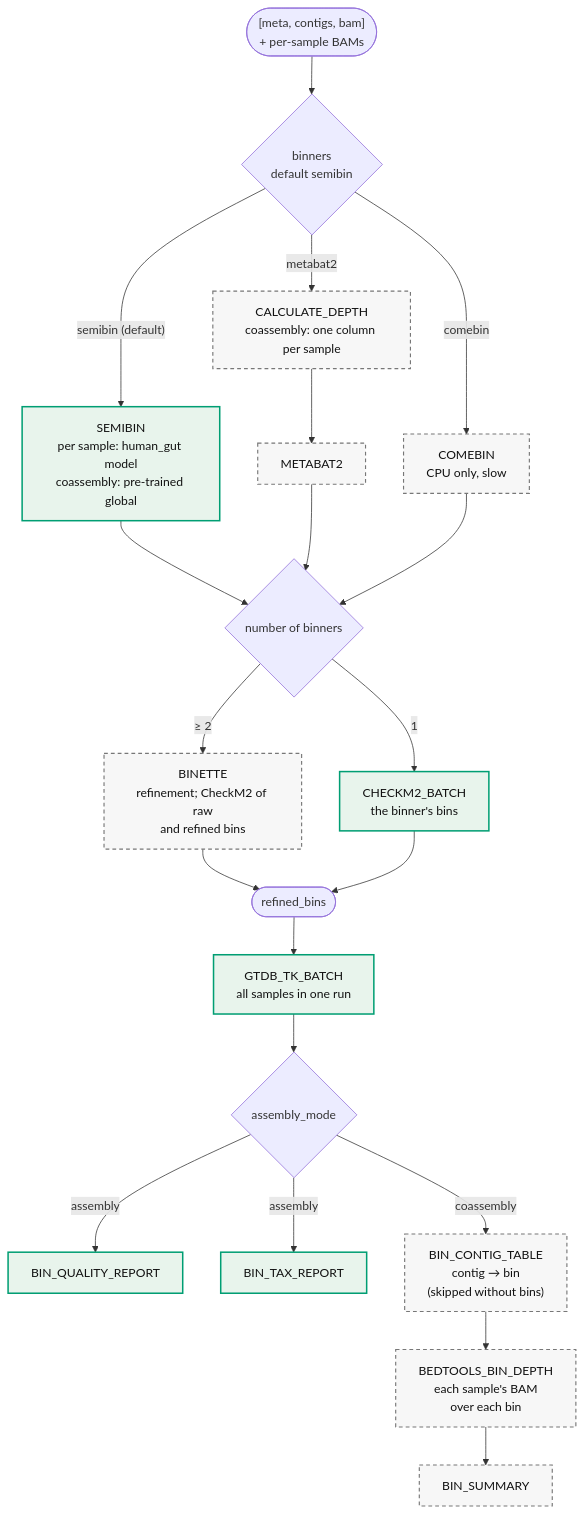
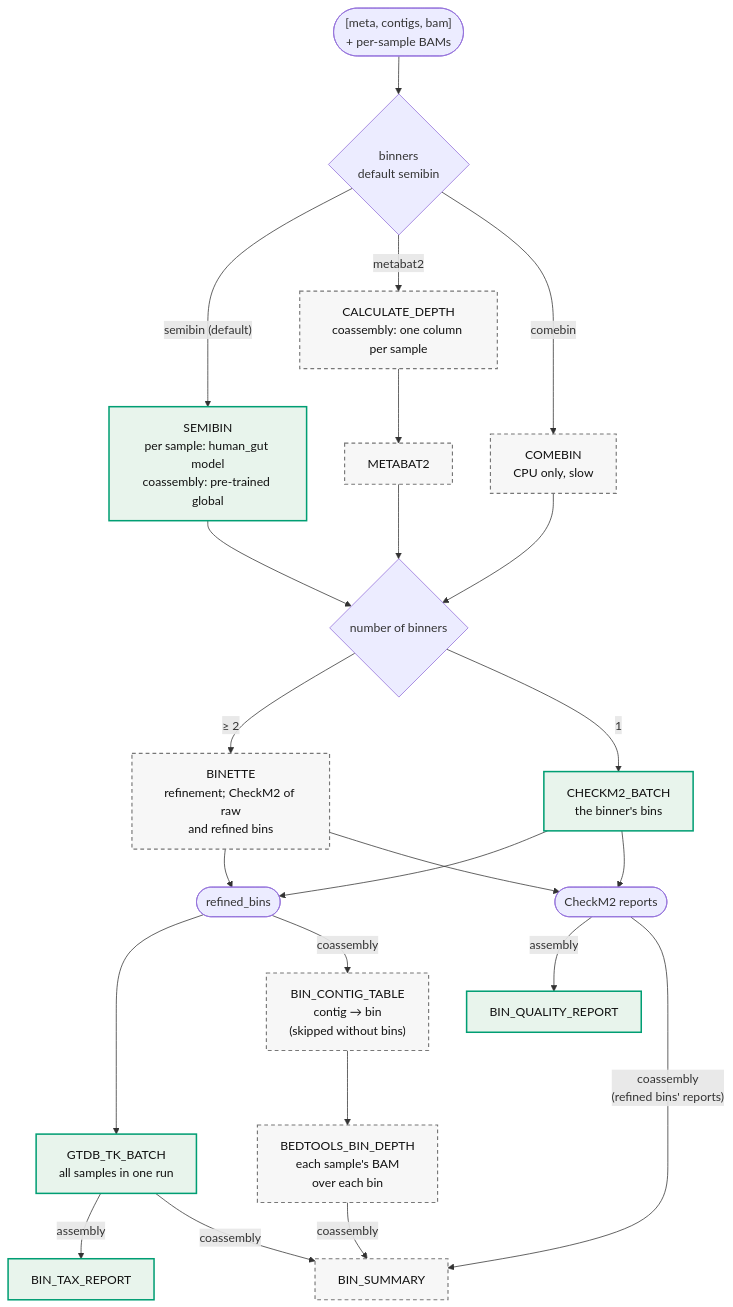
Before and after one commit to gene2dis/BugBuster: the eighth of 13 diagrams in docs/WORKFLOW_DIAGRAM.md, drawn with Mermaid. The commit also changed other lines of this file and 2 other files, not shown here.

First line of the commit message:
fix(diagrams): second review round on the diagram check and the stage wiring

````diff
--- a/docs/WORKFLOW_DIAGRAM.md
+++ b/docs/WORKFLOW_DIAGRAM.md
@@ -293,24 +294,28 @@
 ```mermaid
 flowchart TD
     In(["[meta, contigs, bam]<br/>+ per-sample BAMs"]) --> Sel{binners<br/>default semibin}
     Sel -->|"semibin (default)"| SEMIBIN["SEMIBIN<br/>per sample: human_gut model<br/>coassembly: pre-trained global"]
     Sel -->|metabat2| CALCULATE_DEPTH["CALCULATE_DEPTH<br/>coassembly: one column per sample"] --> METABAT2
     Sel -->|comebin| COMEBIN["COMEBIN<br/>CPU only, slow"]
 
     SEMIBIN & METABAT2 & COMEBIN --> N{number of binners}
     N -->|"≥ 2"| BINETTE["BINETTE<br/>refinement; CheckM2 of raw<br/>and refined bins"]
     N -->|1| CHECKM2_BATCH["CHECKM2_BATCH<br/>the binner's bins"]
     BINETTE & CHECKM2_BATCH --> Bins(["refined_bins"])
     Bins --> GTDB_TK_BATCH["GTDB_TK_BATCH<br/>all samples in one run"]
 
-    GTDB_TK_BATCH --> Mode{assembly_mode}
-    Mode -->|assembly| BIN_QUALITY_REPORT & BIN_TAX_REPORT
-    Mode -->|coassembly| BIN_CONTIG_TABLE["BIN_CONTIG_TABLE<br/>contig → bin<br/>(skipped without bins)"]
+    BINETTE & CHECKM2_BATCH --> Quality(["CheckM2 reports"])
+
+    Quality -->|assembly| BIN_QUALITY_REPORT
+    GTDB_TK_BATCH -->|assembly| BIN_TAX_REPORT
+    Bins -->|coassembly| BIN_CONTIG_TABLE["BIN_CONTIG_TABLE<br/>contig → bin<br/>(skipped without bins)"]
     BIN_CONTIG_TABLE --> BEDTOOLS_BIN_DEPTH["BEDTOOLS_BIN_DEPTH<br/>each sample's BAM<br/>over each bin"]
-    BEDTOOLS_BIN_DEPTH --> BIN_SUMMARY
+    BEDTOOLS_BIN_DEPTH -->|coassembly| BIN_SUMMARY
+    GTDB_TK_BATCH -->|coassembly| BIN_SUMMARY
+    Quality -->|"coassembly<br/>(refined bins' reports)"| BIN_SUMMARY
 
     classDef on fill:#E8F4EC,stroke:#009E73,stroke-width:2px,color:#111
     classDef opt fill:#F7F7F7,stroke:#777,stroke-width:1.5px,stroke-dasharray:5 4,color:#111
     class SEMIBIN,CHECKM2_BATCH,GTDB_TK_BATCH,BIN_QUALITY_REPORT,BIN_TAX_REPORT on
     class CALCULATE_DEPTH,METABAT2,COMEBIN,BINETTE,BIN_CONTIG_TABLE,BEDTOOLS_BIN_DEPTH,BIN_SUMMARY opt
 ```
````
